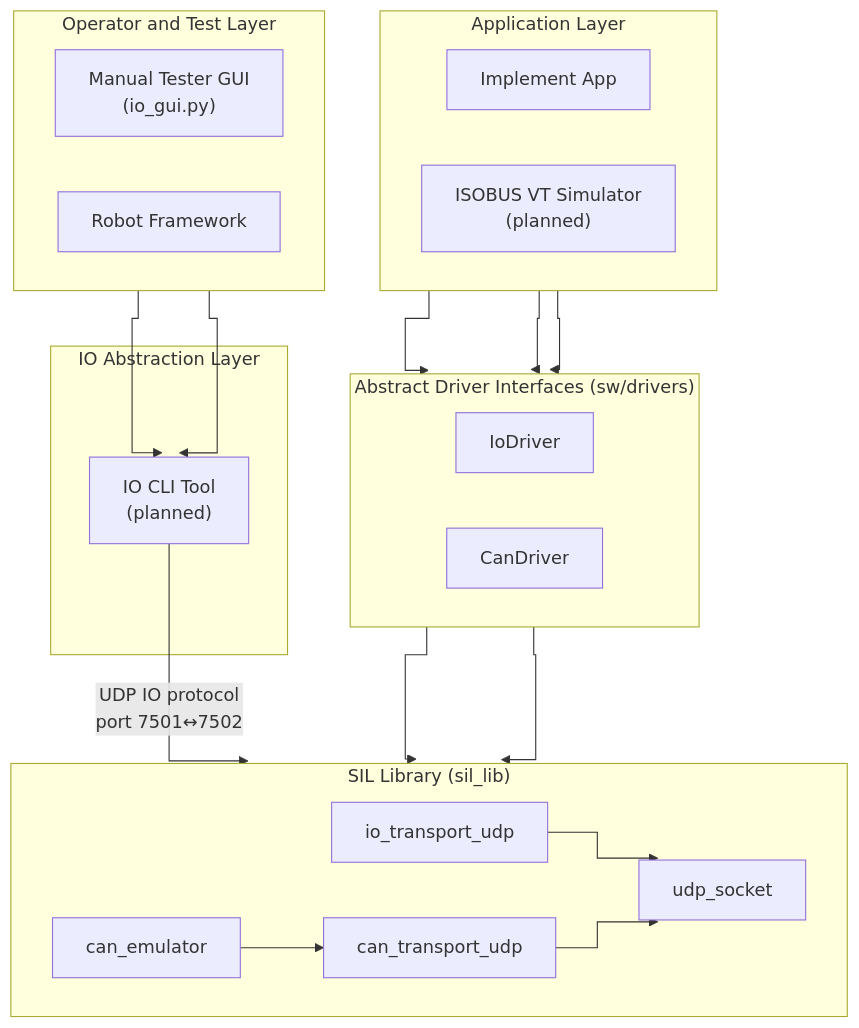
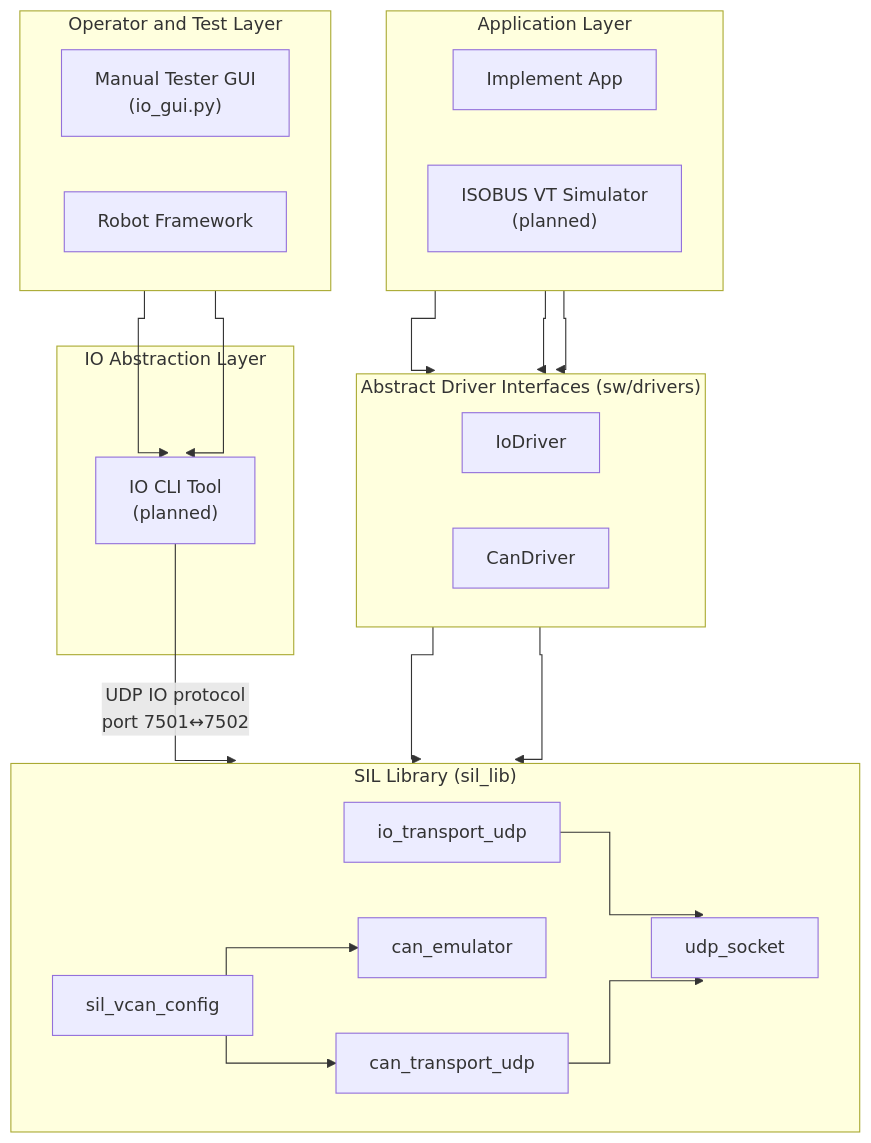
Before and after one commit to ef12/SIL: the first of 3 diagrams in sil_lib/SDD_sil_lib.md, drawn with Mermaid. The commit also changed other lines of this file and 3 other files, not shown here.

Commit message:
Update documentation for SIL library: refine architecture diagrams and clarify module responsibilities

````diff
--- a/sil_lib/SDD_sil_lib.md
+++ b/sil_lib/SDD_sil_lib.md
@@ -120,52 +120,54 @@
 ```mermaid
 ---
 config:
   flowchart:
     curve: stepBefore
 ---
 flowchart TB
   subgraph TestAndOperator["Operator and Test Layer"]
     direction LR
     GUI["Manual Tester GUI\n(io_gui.py)"]
     RF["Robot Framework"]
   end
 
   subgraph CLI["IO Abstraction Layer"]
     IO_CLI["IO CLI Tool\n(planned)"]
   end
 
   subgraph AppLayer["Application Layer"]
     direction LR
     IMPLEMENT["Implement App"]
     VT["ISOBUS VT Simulator\n(planned)"]
   end
 
   subgraph SilLib["SIL Library (sil_lib)"]
     direction LR
     IO_TRANSPORT["io_transport_udp"]
+    CANCFG["sil_vcan_config"]
     CANEMU["can_emulator"]
     CAN_TRANSPORT["can_transport_udp"]
     UDP["udp_socket"]
   end
 
   subgraph Drivers["Abstract Driver Interfaces (sw/drivers)"]
     direction LR
     IO_DRV["IoDriver"]
     CAN_DRV["CanDriver"]
   end
 
   GUI --> IO_CLI
   RF --> IO_CLI
   IO_CLI -->|UDP IO protocol\nport 7501↔7502| IO_TRANSPORT
 
   IMPLEMENT --> IO_DRV
   IMPLEMENT --> CAN_DRV
   VT --> CAN_DRV
 
   IO_DRV --> IO_TRANSPORT
-  CAN_DRV --> CANEMU
-  CANEMU --> CAN_TRANSPORT
+  CAN_DRV --> CANCFG
+  CANCFG --> CANEMU
+  CANCFG --> CAN_TRANSPORT
 
   IO_TRANSPORT --> UDP
   CAN_TRANSPORT --> UDP
 ```
````
